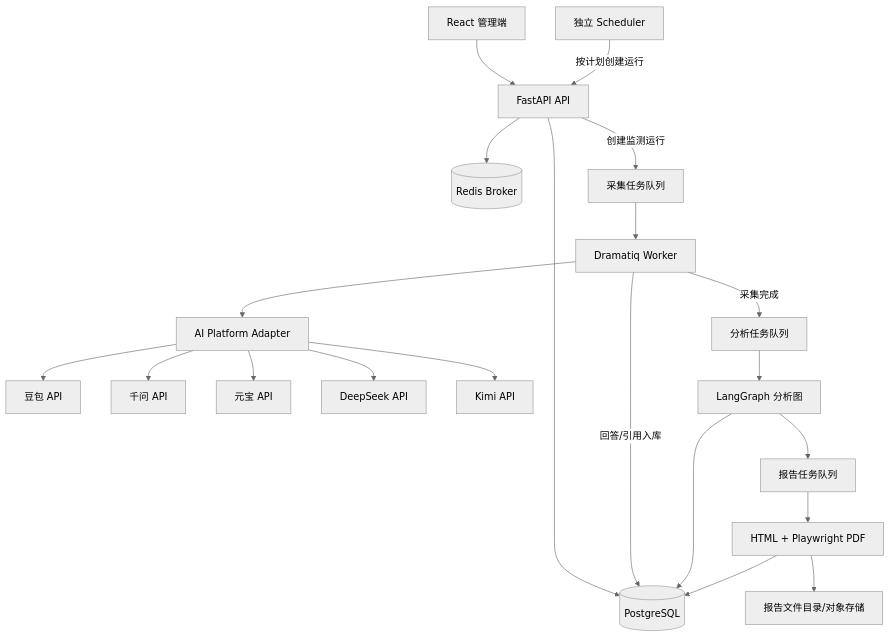
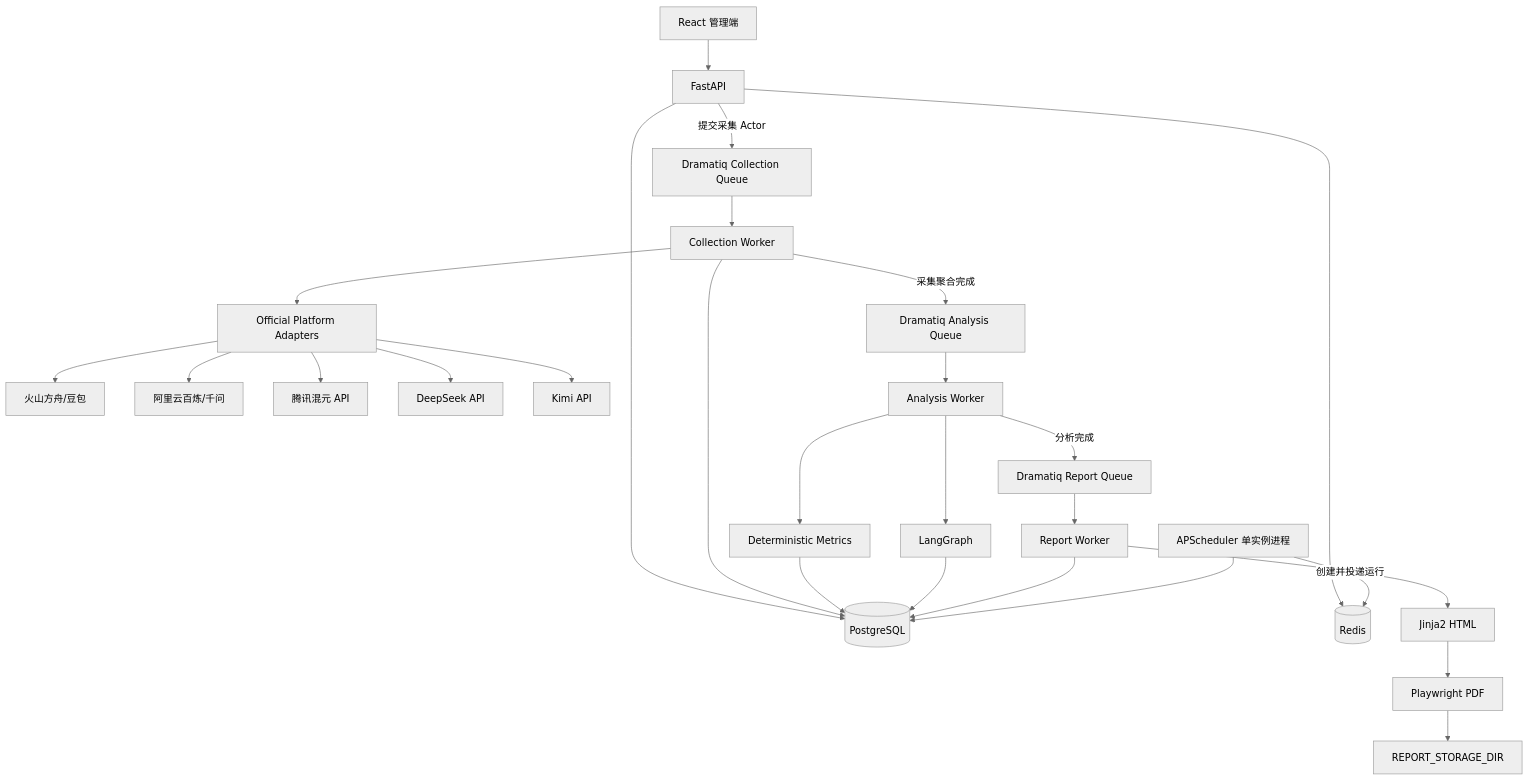
The first of 2 diagrams in AI应用监测_技术开发文档.md (ZengZhiYuan/GEO-Platform), drawn with Mermaid (neutral theme) before and after one commit. The commit also changed other lines of this file and 3 other files, not shown here.

````diff
--- a/AI应用监测_技术开发文档.md
+++ b/AI应用监测_技术开发文档.md
@@ -173,28 +219,33 @@
 ```mermaid
 flowchart TB
-    FE[React 管理端] --> API[FastAPI API]
+    FE[React 管理端] --> API[FastAPI]
     API --> PG[(PostgreSQL)]
-    API --> REDIS[(Redis Broker)]
+    API --> REDIS[(Redis)]
 
-    API -->|创建监测运行| COLLECTQ[采集任务队列]
-    COLLECTQ --> WORKER[Dramatiq Worker]
-    WORKER --> ADAPTER[AI Platform Adapter]
-
-    ADAPTER --> DOU[豆包 API]
-    ADAPTER --> QWEN[千问 API]
-    ADAPTER --> YB[元宝 API]
+    API -->|提交采集 Actor| CQ[Dramatiq Collection Queue]
+    CQ --> CW[Collection Worker]
+    CW --> ADAPTER[Official Platform Adapters]
+    ADAPTER --> DOU[火山方舟/豆包]
+    ADAPTER --> QWEN[阿里云百炼/千问]
+    ADAPTER --> HY[腾讯混元 API]
     ADAPTER --> DS[DeepSeek API]
     ADAPTER --> KIMI[Kimi API]
+    CW --> PG
 
-    WORKER -->|回答/引用入库| PG
-    WORKER -->|采集完成| ANALYSISQ[分析任务队列]
-    ANALYSISQ --> GRAPH[LangGraph 分析图]
+    CW -->|采集聚合完成| AQ[Dramatiq Analysis Queue]
+    AQ --> AW[Analysis Worker]
+    AW --> METRIC[Deterministic Metrics]
+    AW --> GRAPH[LangGraph]
+    METRIC --> PG
     GRAPH --> PG
 
-    GRAPH --> REPORTQ[报告任务队列]
-    REPORTQ --> PDF[HTML + Playwright PDF]
-    PDF --> FILES[报告文件目录/对象存储]
-    PDF --> PG
+    AW -->|分析完成| RQ[Dramatiq Report Queue]
+    RQ --> RW[Report Worker]
+    RW --> HTML[Jinja2 HTML]
+    HTML --> PDF[Playwright PDF]
+    PDF --> FILES[REPORT_STORAGE_DIR]
+    RW --> PG
 
-    SCHEDULER[独立 Scheduler] -->|按计划创建运行| API
+    SCHED[APScheduler 单实例进程] --> PG
+    SCHED -->|创建并投递运行| REDIS
 ```
````
